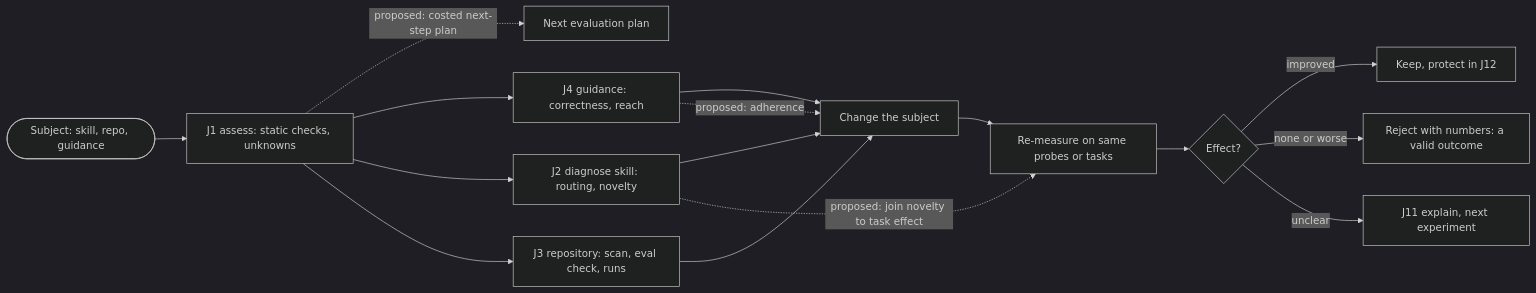
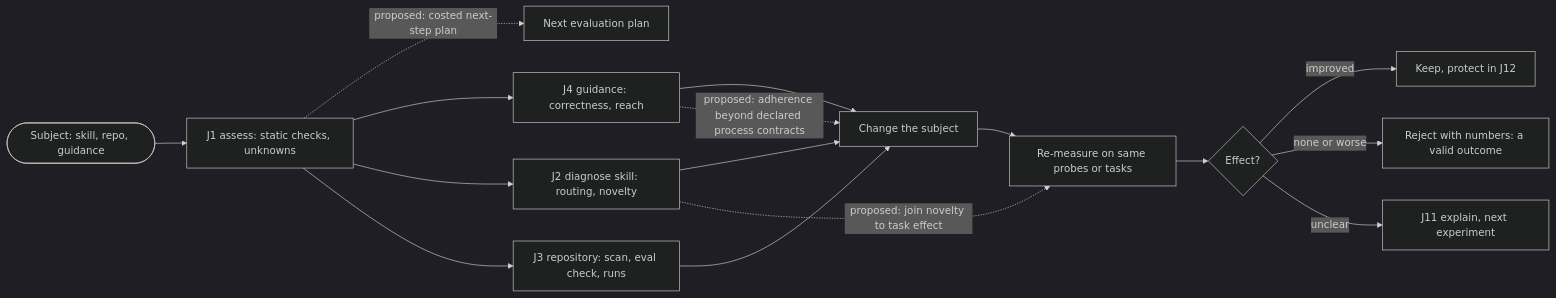
The first of 6 diagrams in dokimi/docs/user-journeys/flow-map.md (intel/dokimi), drawn with Mermaid (dark theme) before and after one commit. The commit also changed 26 other files, not shown here.

````diff
--- a/dokimi/docs/user-journeys/flow-map.md
+++ b/dokimi/docs/user-journeys/flow-map.md
@@ -18,18 +18,18 @@
 ```mermaid
 flowchart LR
     start([Subject: skill, repo, guidance]) --> J1[J1 assess: static checks, unknowns]
     J1 -. proposed: costed next-step plan .-> plan[Next evaluation plan]
     J1 --> J4[J4 guidance: correctness, reach]
     J1 --> J2[J2 diagnose skill: routing, novelty]
     J1 --> J3[J3 repository: scan, eval check, runs]
     J2 --> change[Change the subject]
     J4 --> change
     J3 --> change
     change --> remeasure[Re-measure on same probes or tasks]
     remeasure --> decide{Effect?}
     decide -->|improved| keep[Keep, protect in J12]
     decide -->|none or worse| reject[Reject with numbers: a valid outcome]
     decide -->|unclear| J11[J11 explain, next experiment]
     J2 -. proposed: join novelty to task effect .-> remeasure
-    J4 -. proposed: adherence .-> change
+    J4 -. proposed: adherence beyond declared process contracts .-> change
 ```
````
